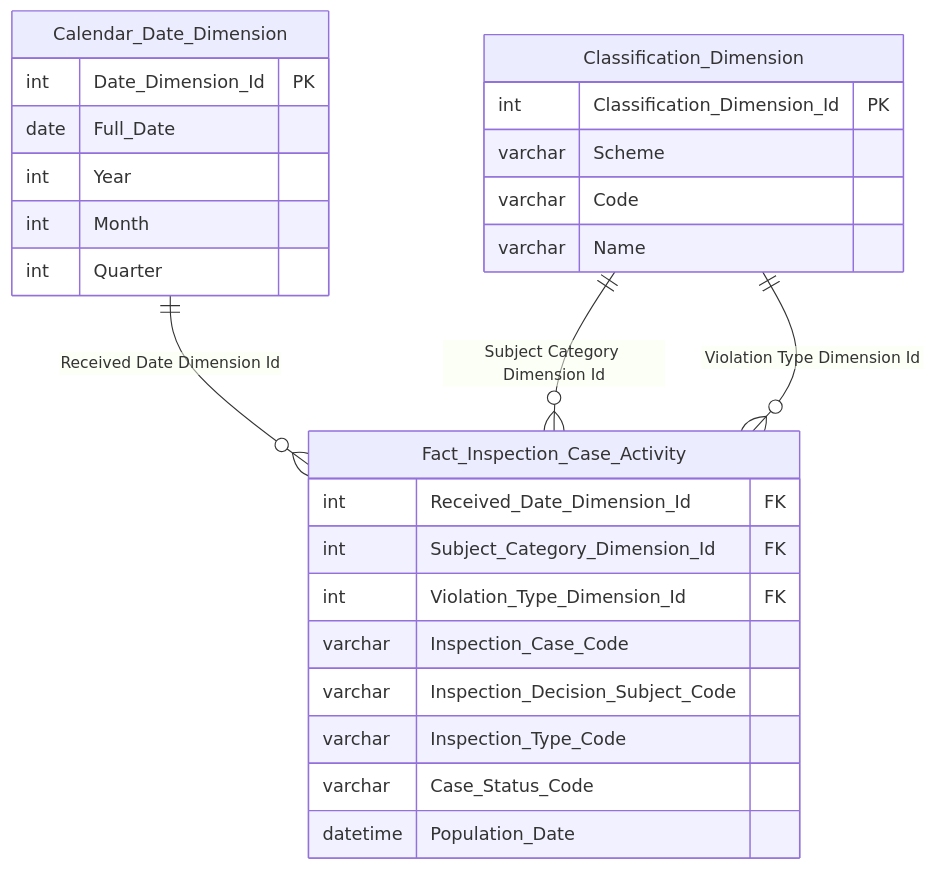
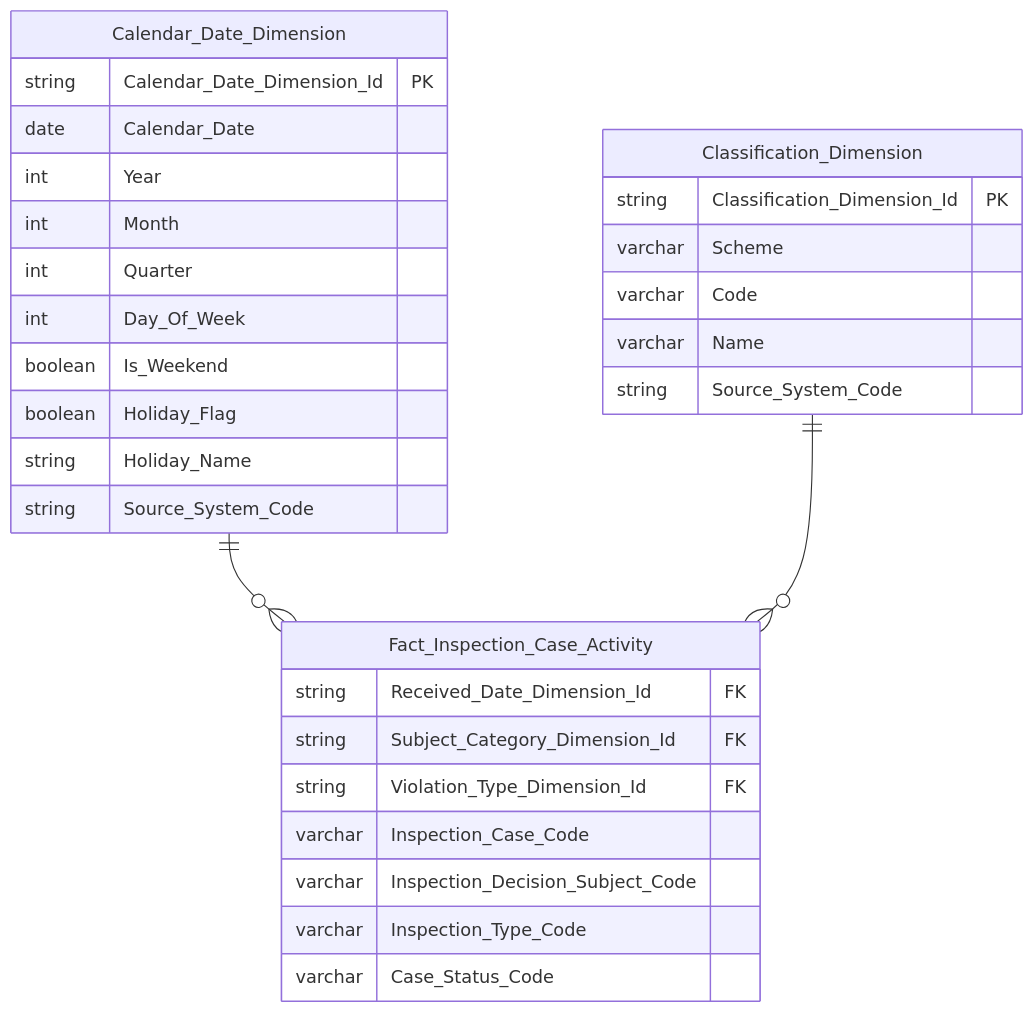
Before and after one commit to linhlvit/ubck_atomic_design: the sixth of 25 diagrams in Datamart/hld/DTM_TT_HLD.md, drawn with Mermaid. The commit also changed other lines of this file and 2 other files, not shown here.

````diff
--- a/Datamart/hld/DTM_TT_HLD.md
+++ b/Datamart/hld/DTM_TT_HLD.md
@@ -207,29 +215,33 @@
 ```mermaid
 erDiagram
-    Calendar_Date_Dimension ||--o{ Fact_Inspection_Case_Activity : "Received Date Dimension Id"
-    Classification_Dimension ||--o{ Fact_Inspection_Case_Activity : "Subject Category Dimension Id"
-    Classification_Dimension ||--o{ Fact_Inspection_Case_Activity : "Violation Type Dimension Id"
+    Calendar_Date_Dimension ||--o{ Fact_Inspection_Case_Activity : " "
+    Classification_Dimension ||--o{ Fact_Inspection_Case_Activity : " "
     Fact_Inspection_Case_Activity {
-        int Received_Date_Dimension_Id FK
-        int Subject_Category_Dimension_Id FK
-        int Violation_Type_Dimension_Id FK
+        string Received_Date_Dimension_Id FK
+        string Subject_Category_Dimension_Id FK
+        string Violation_Type_Dimension_Id FK
         varchar Inspection_Case_Code
         varchar Inspection_Decision_Subject_Code
         varchar Inspection_Type_Code
         varchar Case_Status_Code
-        datetime Population_Date
     }
     Calendar_Date_Dimension {
-        int Date_Dimension_Id PK
-        date Full_Date
+        string Calendar_Date_Dimension_Id PK
+        date Calendar_Date
         int Year
         int Month
         int Quarter
+        int Day_Of_Week
+        boolean Is_Weekend
+        boolean Holiday_Flag
+        string Holiday_Name
+        string Source_System_Code
     }
     Classification_Dimension {
-        int Classification_Dimension_Id PK
+        string Classification_Dimension_Id PK
         varchar Scheme
         varchar Code
         varchar Name
+        string Source_System_Code
     }
 ```
````
